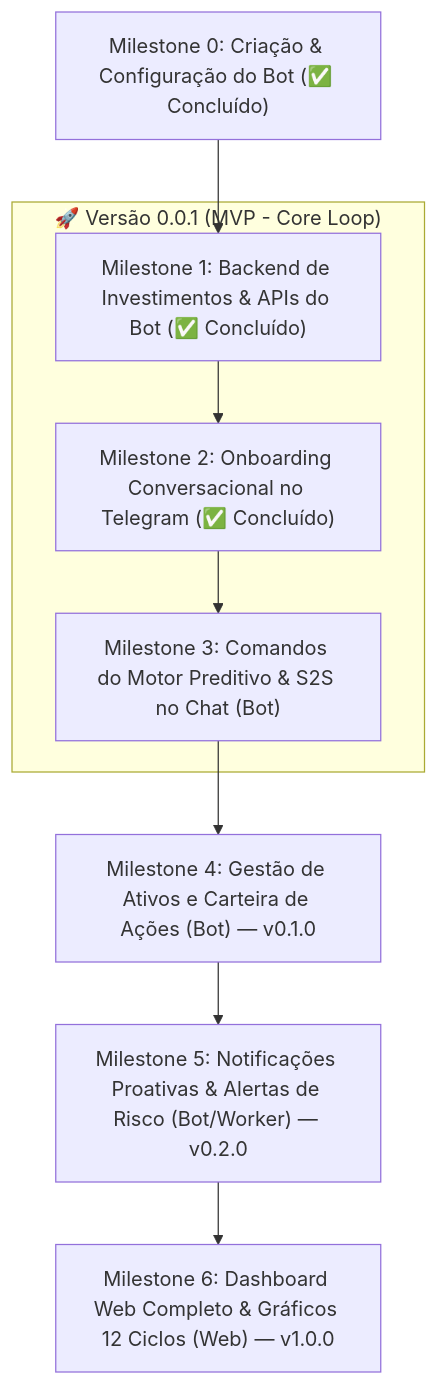
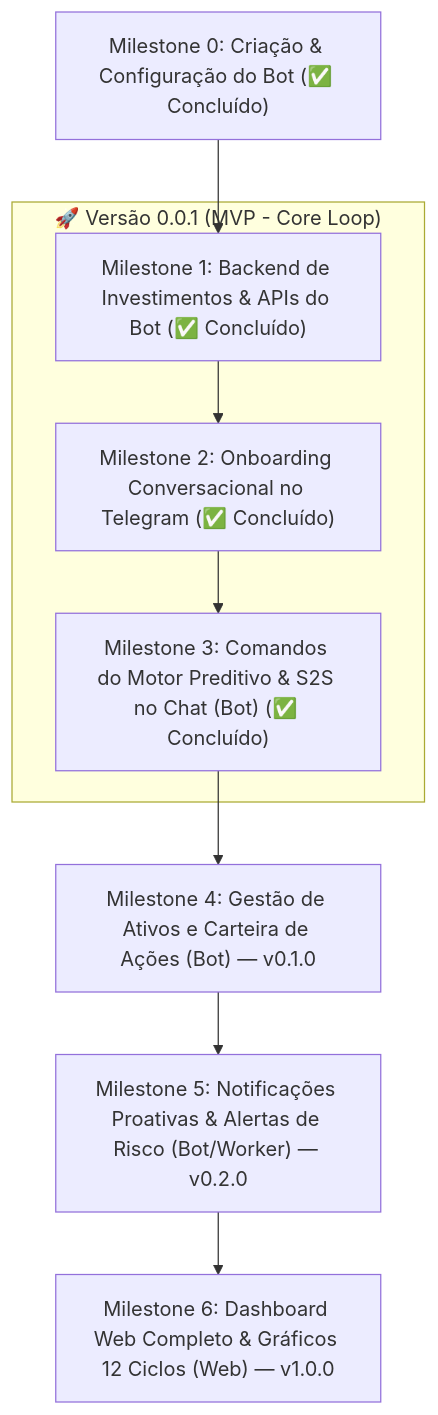
Before and after one commit to marcos-vinicius14/meu-dinheiro: the diagram in docs/roadmap.md, drawn with Mermaid. The commit also changed other lines of this file and 42 other files, not shown here.

Commit message:
feat(bot,api): implement predictive engine commands, daily check-in and income registration (milestone-3)

````diff
--- a/docs/roadmap.md
+++ b/docs/roadmap.md
@@ -17,11 +17,11 @@
 ```mermaid
 graph TD
     M0["Milestone 0: Criação & Configuração do Bot (✅ Concluído)"] --> M1
     subgraph V001 ["🚀 Versão 0.0.1 (MVP - Core Loop)"]
         M1["Milestone 1: Backend de Investimentos & APIs do Bot (✅ Concluído)"] --> M2["Milestone 2: Onboarding Conversacional no Telegram (✅ Concluído)"]
-        M2 --> M3["Milestone 3: Comandos do Motor Preditivo & S2S no Chat (Bot)"]
+        M2 --> M3["Milestone 3: Comandos do Motor Preditivo & S2S no Chat (Bot) (✅ Concluído)"]
     end
     M3 --> M4["Milestone 4: Gestão de Ativos e Carteira de Ações (Bot) — v0.1.0"]
     M4 --> M5["Milestone 5: Notificações Proativas & Alertas de Risco (Bot/Worker) — v0.2.0"]
     M5 --> M6["Milestone 6: Dashboard Web Completo & Gráficos 12 Ciclos (Web) — v1.0.0"]
 ```
````
